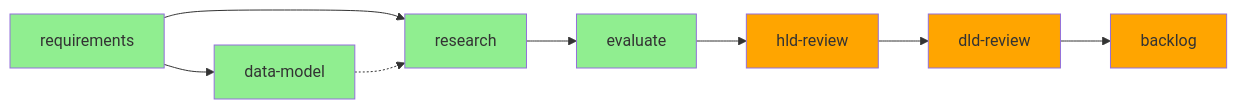
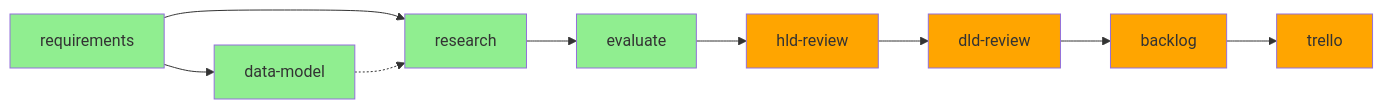
Before and after one commit to tractorjuice/arckit-test-project-v8-ons-data-platform: the eighth of 9 diagrams in WORKFLOW-DIAGRAMS.md, drawn with Mermaid. The commit also changed other lines of this file, not shown here.

````diff
--- a/WORKFLOW-DIAGRAMS.md
+++ b/WORKFLOW-DIAGRAMS.md
@@ -665,18 +681,20 @@
 ```mermaid
 graph LR
     A[requirements] --> B[data-model]
     A --> C[research]
     B -.-> C
     C --> D[evaluate]
     D --> E[hld-review]
     E --> F[dld-review]
     F --> G[backlog]
+    G --> H[trello]
 
     style A fill:#90EE90
     style B fill:#90EE90
     style C fill:#90EE90
     style D fill:#90EE90
     style E fill:#FFA500
     style F fill:#FFA500
     style G fill:#FFA500
+    style H fill:#FFA500
 ```
````
